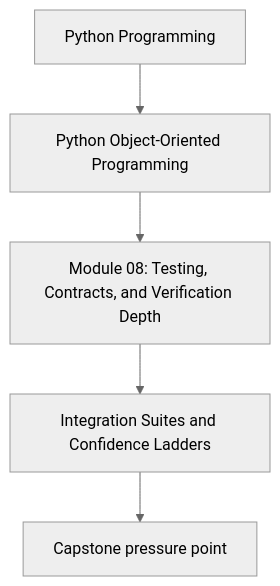
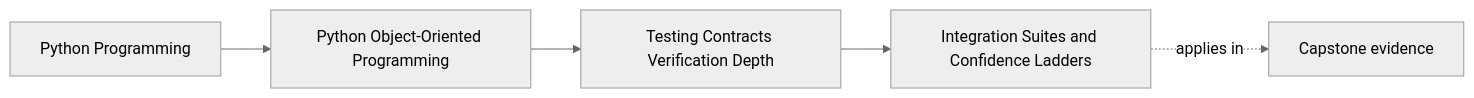
One commit to bijux/bijux-masterclass changed the first of 2 diagrams in programs/python-programming/python-object-oriented-programming/course-book/module-08-testing-contracts-verification-depth/integration-suites-and-confidence-ladders.md. Above: the diagram before and after it, drawn with Mermaid (neutral theme). The commit also changed other lines of this file and 103 other files, not shown here.

Commit message:
docs(python-object-oriented-programming): map sustainment and capstone surfaces

````diff
--- a/programs/python-programming/python-object-oriented-programming/course-book/module-08-testing-contracts-verification-depth/integration-suites-and-confidence-ladders.md
+++ b/programs/python-programming/python-object-oriented-programming/course-book/module-08-testing-contracts-verification-depth/integration-suites-and-confidence-ladders.md
@@ -7,7 +7,11 @@
 ```mermaid
-flowchart TD
-  family["Python Programming"] --> program["Python Object-Oriented Programming"]
-  program --> module["Module 08: Testing, Contracts, and Verification Depth"]
-  module --> concept["Integration Suites and Confidence Ladders"]
-  concept --> capstone["Capstone pressure point"]
+graph LR
+  family["Python Programming"]
+  program["Python Object-Oriented Programming"]
+  section["Testing Contracts Verification Depth"]
+  page["Integration Suites and Confidence Ladders"]
+  capstone["Capstone evidence"]
+
+  family --> program --> section --> page
+  page -.applies in.-> capstone
 ```
````
